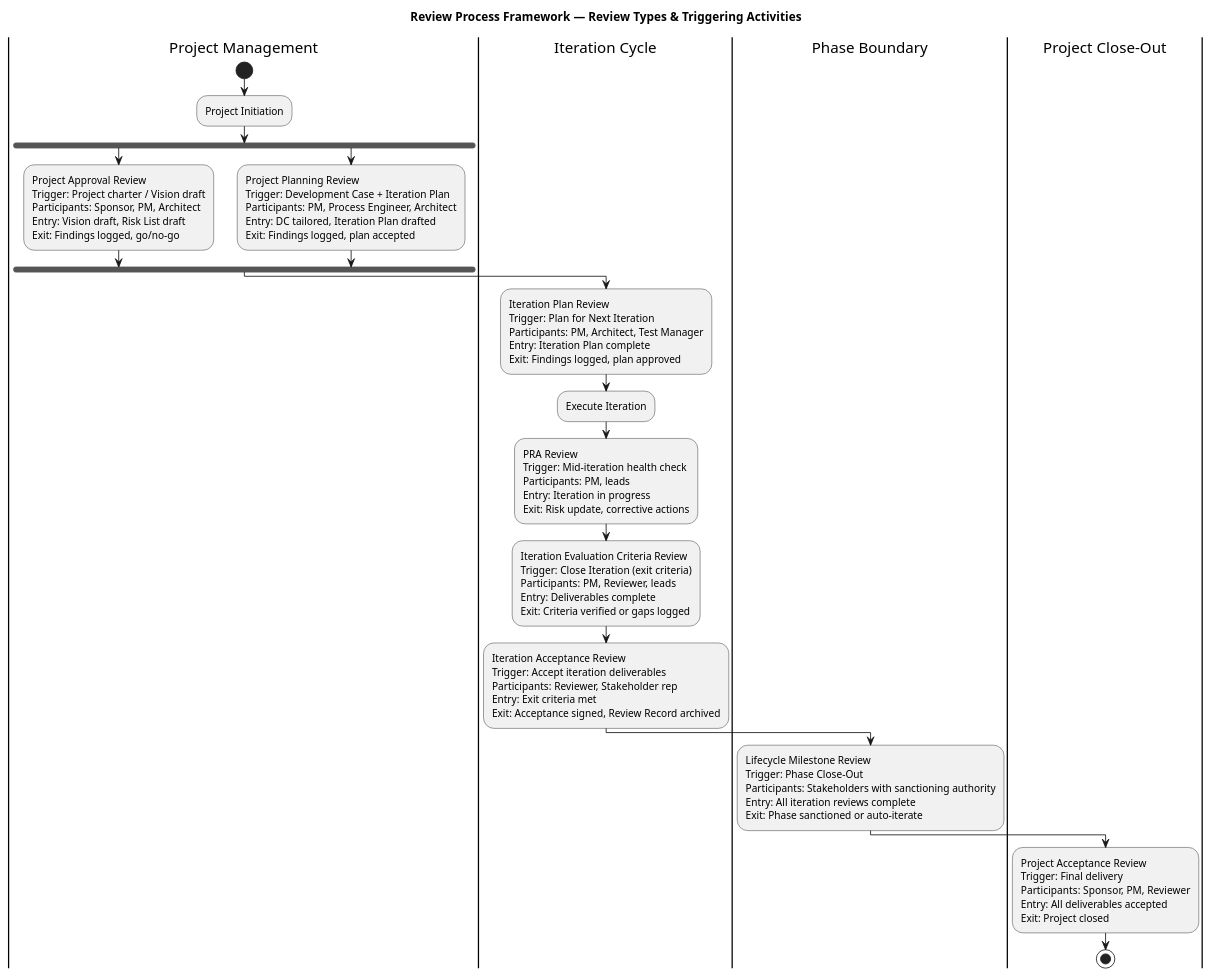
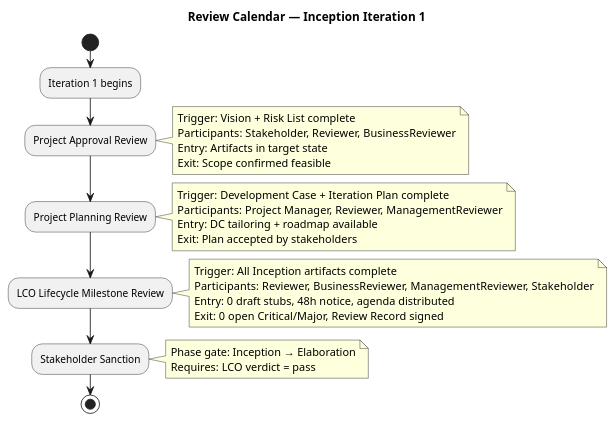
One commit to banense-test/demo-janke-lab changed the second of 3 diagrams in docs/artifacts/project-management/review-record.md. Above: the diagram before and after it, drawn with PlantUML. The commit also changed other lines of this file, not shown here.

First line of the commit message:
Review Coordinator [I1]: upsert Review Record

````diff
--- a/docs/artifacts/project-management/review-record.md
+++ b/docs/artifacts/project-management/review-record.md
@@ -57,56 +146,24 @@
 ```plantuml
 @startuml
-title Review Process Framework — Review Types & Triggering Activities
-|Project Management|
+title Review Calendar — Inception Iteration 1
+
+|Timeline|
 start
-:Project Initiation;
-fork
-  :Project Approval Review
-  Trigger: Project charter / Vision draft
-  Participants: Sponsor, PM, Architect
-  Entry: Vision draft, Risk List draft
-  Exit: Findings logged, go/no-go;
-fork again
-  :Project Planning Review
-  Trigger: Development Case + Iteration Plan
-  Participants: PM, Process Engineer, Architect
-  Entry: DC tailored, Iteration Plan drafted
-  Exit: Findings logged, plan accepted;
-end fork
-|Iteration Cycle|
-:Iteration Plan Review
-Trigger: Plan for Next Iteration
-Participants: PM, Architect, Test Manager
-Entry: Iteration Plan complete
-Exit: Findings logged, plan approved;
-:Execute Iteration;
-:PRA Review
-Trigger: Mid-iteration health check
-Participants: PM, leads
-Entry: Iteration in progress
-Exit: Risk update, corrective actions;
-:Iteration Evaluation Criteria Review
-Trigger: Close Iteration (exit criteria)
-Participants: PM, Reviewer, leads
-Entry: Deliverables complete
-Exit: Criteria verified or gaps logged;
-:Iteration Acceptance Review
-Trigger: Accept iteration deliverables
-Participants: Reviewer, Stakeholder rep
-Entry: Exit criteria met
-Exit: Acceptance signed, Review Record archived;
-|Phase Boundary|
-:Lifecycle Milestone Review
-Trigger: Phase Close-Out
-Participants: Stakeholders with sanctioning authority
-Entry: All iteration reviews complete
-Exit: Phase sanctioned or auto-iterate;
-|Project Close-Out|
-:Project Acceptance Review
-Trigger: Final delivery
-Participants: Sponsor, PM, Reviewer
-Entry: All deliverables accepted
-Exit: Project closed;
+:Iteration 1 begins;
+
+:Project Approval Review;
+note right:Trigger: Vision + Risk List complete\nParticipants: Stakeholder, Reviewer, BusinessReviewer\nEntry: Artifacts in target state\nExit: Scope confirmed feasible
+
+:Project Planning Review;
+note right:Trigger: Development Case + Iteration Plan complete\nParticipants: Project Manager, Reviewer, ManagementReviewer\nEntry: DC tailoring + roadmap available\nExit: Plan accepted by stakeholders
+
+:LCO Lifecycle Milestone Review;
+note right:Trigger: All Inception artifacts complete\nParticipants: Reviewer, BusinessReviewer, ManagementReviewer, Stakeholder\nEntry: 0 draft stubs, 48h notice, agenda distributed\nExit: 0 open Critical/Major, Review Record signed
+
+:Stakeholder Sanction;
+note right:Phase gate: Inception → Elaboration\nRequires: LCO verdict = pass
+
 stop
+
 @enduml
 ```
````
